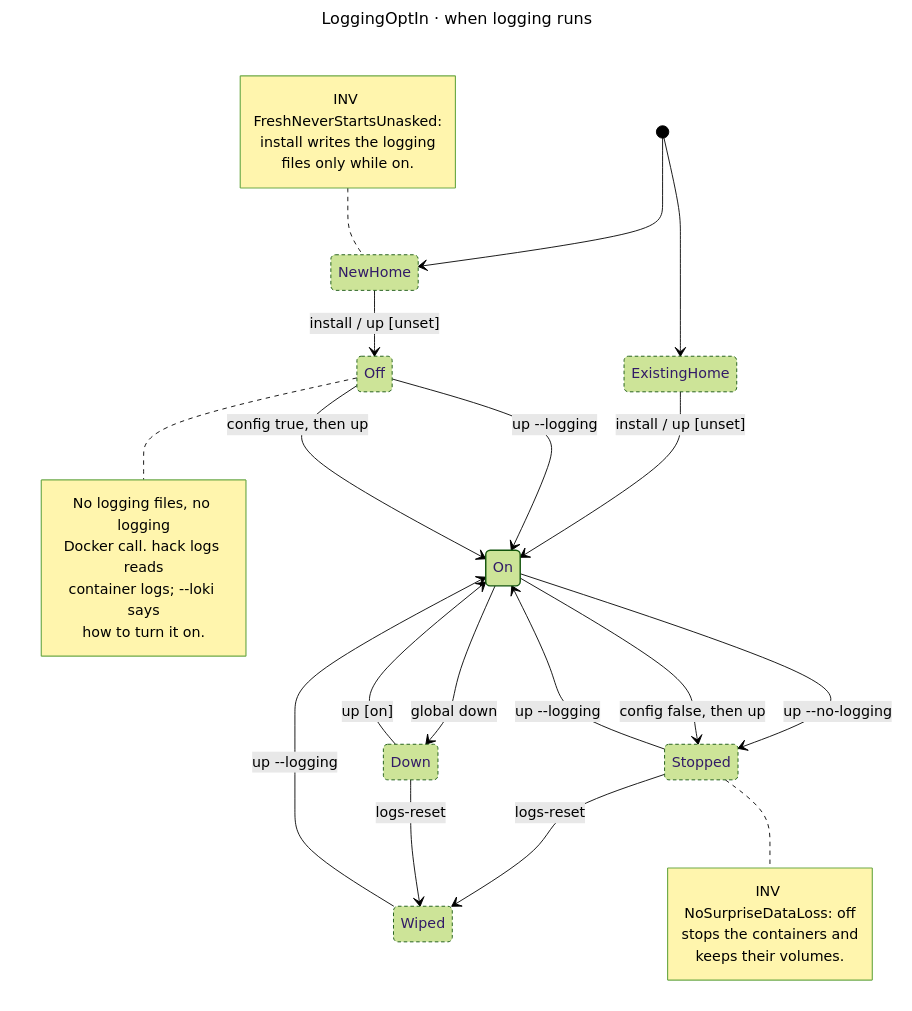
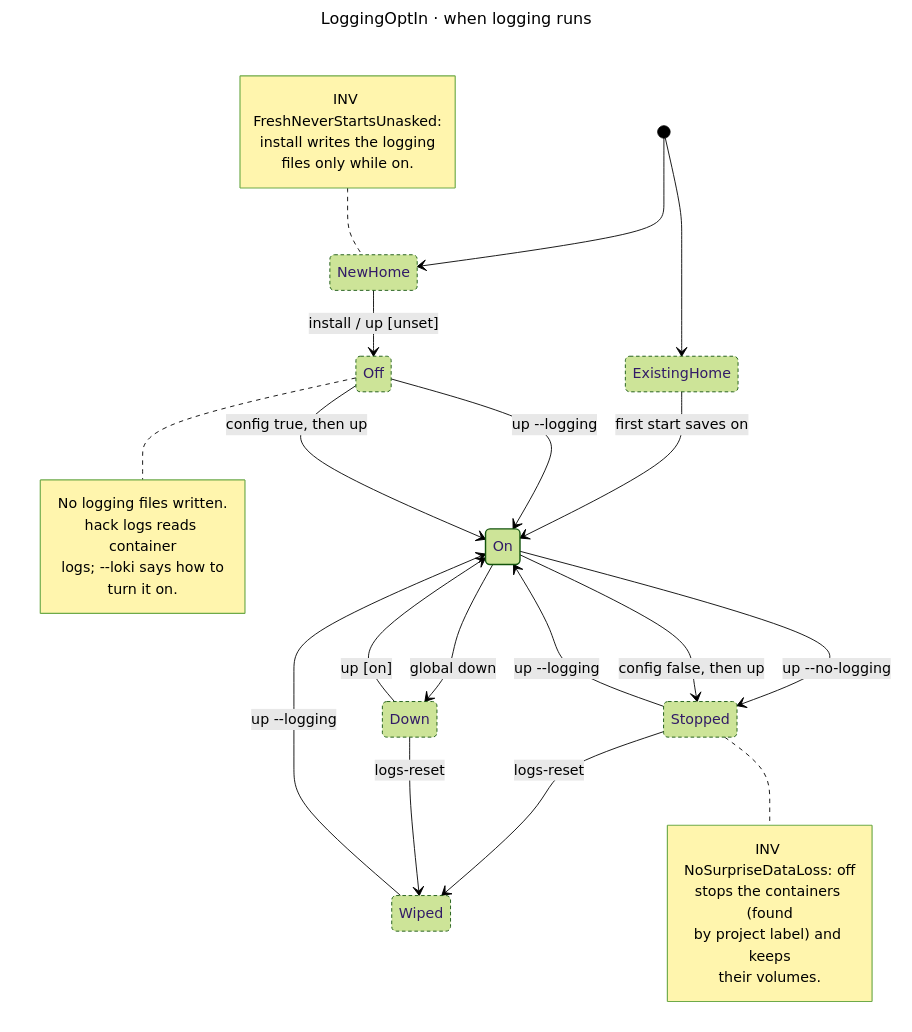
One commit to hack-dance/hack changed the diagram in docs/diagrams/global-logging-optin.mmd. Above: the diagram before and after it, drawn with Mermaid (forest theme). The commit also changed 38 other files, not shown here.

```diff
--- a/docs/diagrams/global-logging-optin.mmd
+++ b/docs/diagrams/global-logging-optin.mmd
@@ -1,39 +1,40 @@
 ---
 title: LoggingOptIn · when logging runs
 ---
 stateDiagram-v2
   direction TB
   [*] --> NewHome
   [*] --> ExistingHome
   NewHome --> Off : install / up [unset]
-  ExistingHome --> On : install / up [unset]
+  ExistingHome --> On : first start saves on
   Off --> On : up --logging
   Off --> On : config true, then up
   On --> Stopped : up --no-logging
   On --> Stopped : config false, then up
   Stopped --> On : up --logging
   On --> Down : global down
   Down --> On : up [on]
   Stopped --> Wiped : logs-reset
   Down --> Wiped : logs-reset
   Wiped --> On : up --logging
   note right of Off
-    No logging files, no logging
-    Docker call. hack logs reads
-    container logs; --loki says
-    how to turn it on.
+    No logging files written.
+    hack logs reads container
+    logs; --loki says how to
+    turn it on.
   end note
   note right of Stopped
     INV NoSurpriseDataLoss: off
-    stops the containers and
-    keeps their volumes.
+    stops the containers (found
+    by project label) and keeps
+    their volumes.
   end note
   note left of NewHome
     INV FreshNeverStartsUnasked:
     install writes the logging
     files only while on.
   end note
   classDef ok stroke-width:1.6px
   classDef idle stroke-dasharray:4 3
   class On ok
   class Off,Stopped,Down,NewHome,ExistingHome,Wiped idle
```
